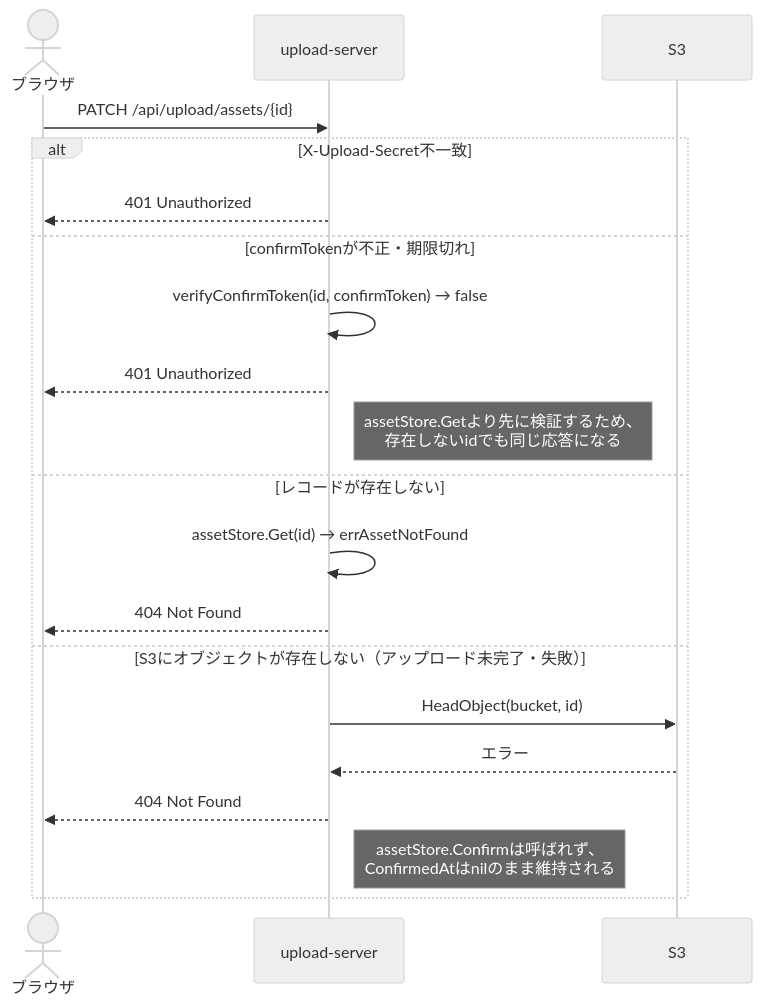
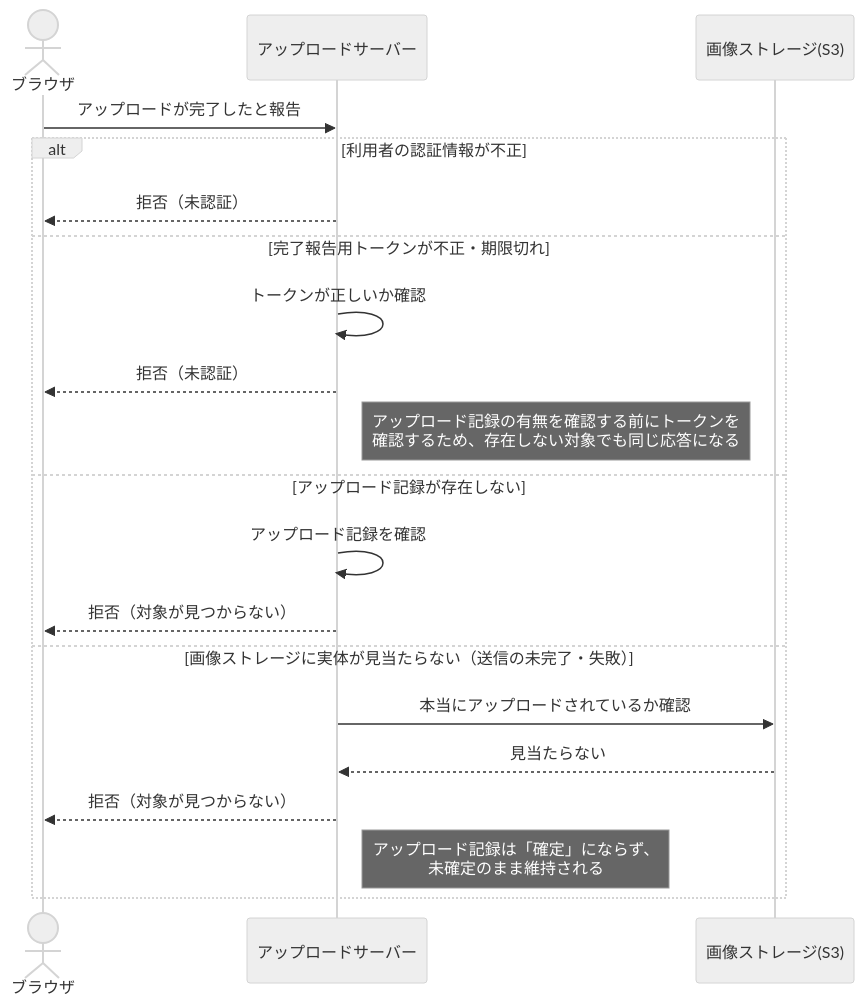
The third of 4 diagrams in docs/upload-sequence.md (tkdn/cloudfront-signed), drawn with Mermaid (neutral theme) before and after one commit. The commit also changed other lines of this file, not shown here.

First line of the commit message:
docs: rewrite upload sequence diagrams at business level

````diff
--- a/docs/upload-sequence.md
+++ b/docs/upload-sequence.md
@@ -74,23 +73,23 @@
 ```mermaid
 sequenceDiagram
     actor User as ブラウザ
-    participant Server as upload-server
-    participant S3
+    participant Server as アップロードサーバー
+    participant Storage as 画像ストレージ(S3)
 
-    User->>Server: PATCH /api/upload/assets/{id}
-    alt X-Upload-Secret不一致
-        Server-->>User: 401 Unauthorized
-    else confirmTokenが不正・期限切れ
-        Server->>Server: verifyConfirmToken(id, confirmToken) → false
-        Server-->>User: 401 Unauthorized
-        Note right of Server: assetStore.Getより先に検証するため、<br/>存在しないidでも同じ応答になる
-    else レコードが存在しない
-        Server->>Server: assetStore.Get(id) → errAssetNotFound
-        Server-->>User: 404 Not Found
-    else S3にオブジェクトが存在しない（アップロード未完了・失敗）
-        Server->>S3: HeadObject(bucket, id)
-        S3-->>Server: エラー
-        Server-->>User: 404 Not Found
-        Note right of Server: assetStore.Confirmは呼ばれず、<br/>ConfirmedAtはnilのまま維持される
+    User->>Server: アップロードが完了したと報告
+    alt 利用者の認証情報が不正
+        Server-->>User: 拒否（未認証）
+    else 完了報告用トークンが不正・期限切れ
+        Server->>Server: トークンが正しいか確認
+        Server-->>User: 拒否（未認証）
+        Note right of Server: アップロード記録の有無を確認する前にトークンを<br/>確認するため、存在しない対象でも同じ応答になる
+    else アップロード記録が存在しない
+        Server->>Server: アップロード記録を確認
+        Server-->>User: 拒否（対象が見つからない）
+    else 画像ストレージに実体が見当たらない（送信の未完了・失敗）
+        Server->>Storage: 本当にアップロードされているか確認
+        Storage-->>Server: 見当たらない
+        Server-->>User: 拒否（対象が見つからない）
+        Note right of Server: アップロード記録は「確定」にならず、<br/>未確定のまま維持される
     end
 ```
````
